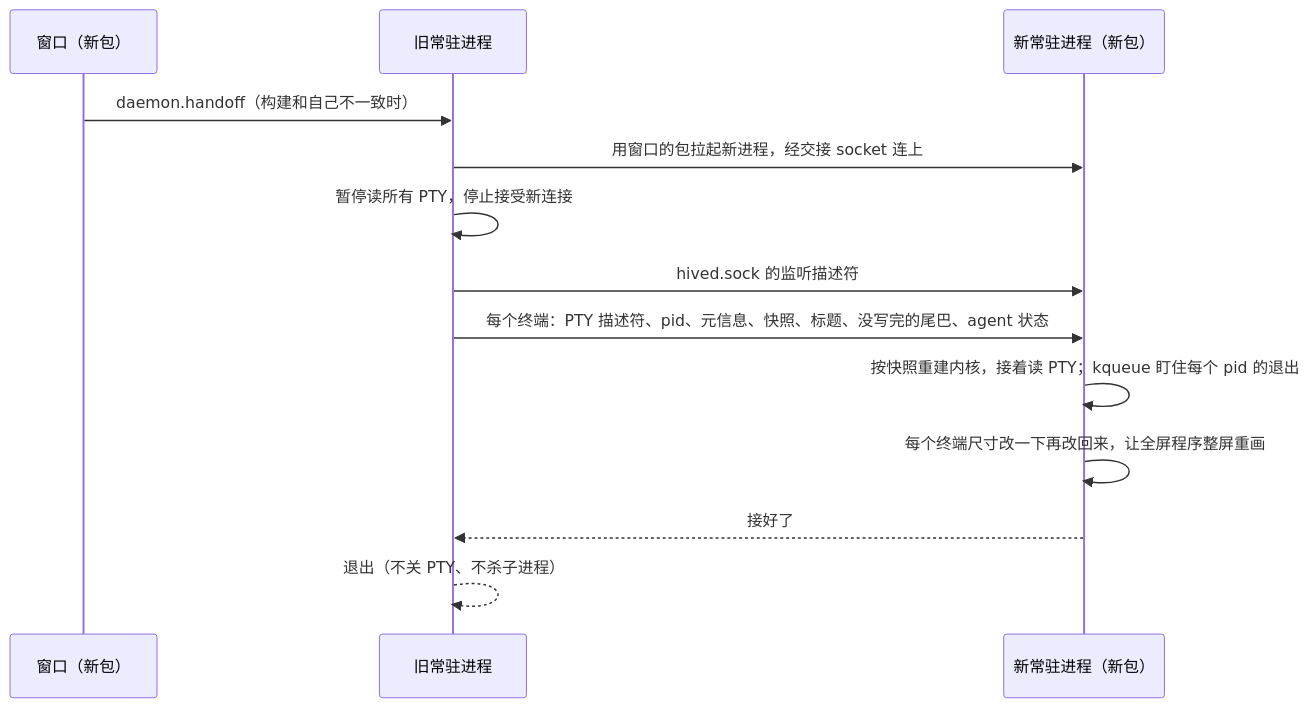
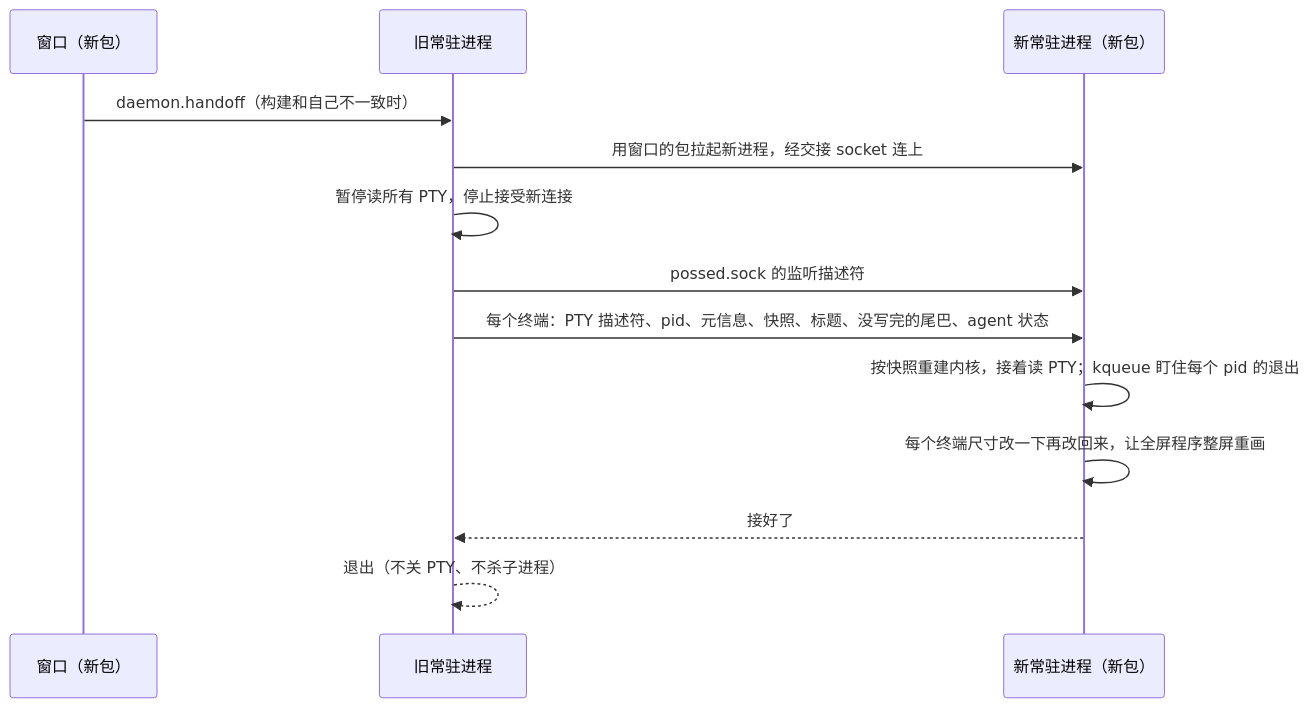
One commit to syanbo/posse changed the diagram in docs/plans/terminal-host.md. Above: the diagram before and after it, drawn with Mermaid. The commit also changed other lines of this file and 364 other files, not shown here.

````diff
--- a/docs/plans/terminal-host.md
+++ b/docs/plans/terminal-host.md
@@ -9,15 +9,15 @@
 ```mermaid
 sequenceDiagram
   participant W as 窗口（新包）
   participant O as 旧常驻进程
   participant N as 新常驻进程（新包）
   W->>O: daemon.handoff（构建和自己不一致时）
   O->>N: 用窗口的包拉起新进程，经交接 socket 连上
   O->>O: 暂停读所有 PTY，停止接受新连接
-  O->>N: hived.sock 的监听描述符
+  O->>N: possed.sock 的监听描述符
   O->>N: 每个终端：PTY 描述符、pid、元信息、快照、标题、没写完的尾巴、agent 状态
   N->>N: 按快照重建内核，接着读 PTY；kqueue 盯住每个 pid 的退出
   N->>N: 每个终端尺寸改一下再改回来，让全屏程序整屏重画
   N-->>O: 接好了
   O-->>O: 退出（不关 PTY、不杀子进程）
 ```
````
